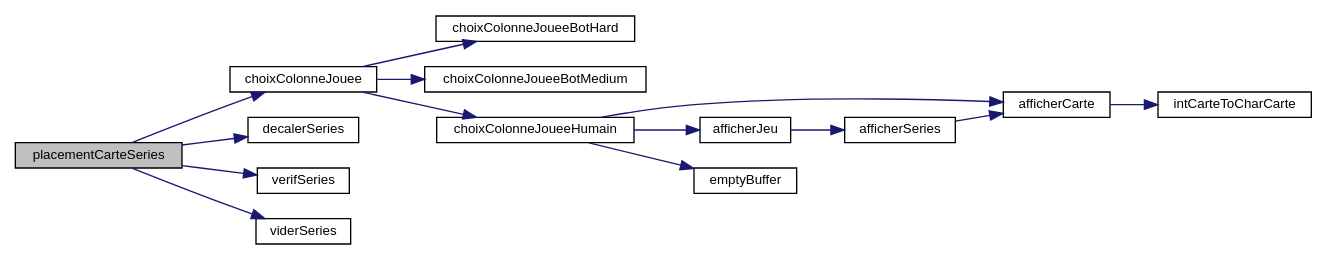
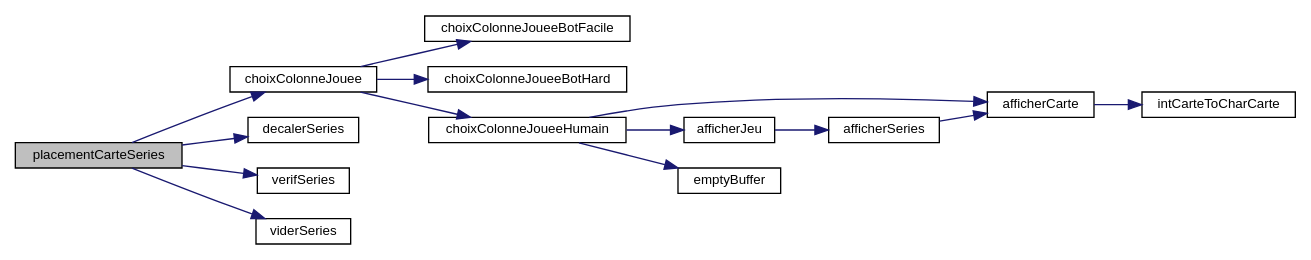
The diagram in paul_8h_ae490320c625029fe9ffe7bd10b489967_cgraph.dot (nehkowp/html), drawn with Graphviz before and after one commit. The commit also changed 203 other files, not shown here.

```diff
--- a/paul_8h_ae490320c625029fe9ffe7bd10b489967_cgraph.dot
+++ b/paul_8h_ae490320c625029fe9ffe7bd10b489967_cgraph.dot
@@ -1,34 +1,34 @@
 digraph "placementCarteSeries"
 {
  // INTERACTIVE_SVG=YES
  // LATEX_PDF_SIZE
   edge [fontname="Helvetica",fontsize="10",labelfontname="Helvetica",labelfontsize="10"];
   node [fontname="Helvetica",fontsize="10",shape=record];
   rankdir="LR";
   Node1 [label="placementCarteSeries",height=0.2,width=0.4,color="black", fillcolor="grey75", style="filled", fontcolor="black",tooltip=": Permet de placer la carte selon les séries"];
   Node1 -> Node2 [color="midnightblue",fontsize="10",style="solid",fontname="Helvetica"];
   Node2 [label="choixColonneJouee",height=0.2,width=0.4,color="black", fillcolor="white", style="filled",URL="$paul_8c.html#a0399f7d61a0eb8a0375456b9e0c84e08",tooltip=": Permet de choisir la colonne selon le type du joueur (humain/bot)"];
   Node2 -> Node3 [color="midnightblue",fontsize="10",style="solid",fontname="Helvetica"];
-  Node3 [label="choixColonneJoueeBotHard",height=0.2,width=0.4,color="black", fillcolor="white", style="filled",URL="$paul_8c.html#a1a974eb68657a382e0565490bea2a46d",tooltip=": Permet de choisir la colonne pour le Bot de difficulté hard"];
+  Node3 [label="choixColonneJoueeBotFacile",height=0.2,width=0.4,color="black", fillcolor="white", style="filled",URL="$paul_8c.html#aa55a6fa2a82c075519b52459067a6db2",tooltip=": Le bot facile choisit la colonne avec le plus haut nombre de têtes de boeuf"];
   Node2 -> Node4 [color="midnightblue",fontsize="10",style="solid",fontname="Helvetica"];
-  Node4 [label="choixColonneJoueeBotMedium",height=0.2,width=0.4,color="black", fillcolor="white", style="filled",URL="$paul_8c.html#a0f57123835673ad1492d4057a1f49840",tooltip=": Permet de choisir la colonne pour le Bot de difficulté Medium"];
+  Node4 [label="choixColonneJoueeBotHard",height=0.2,width=0.4,color="black", fillcolor="white", style="filled",URL="$paul_8c.html#a1a974eb68657a382e0565490bea2a46d",tooltip=": Permet de choisir la colonne pour le Bot de difficulté Hard"];
   Node2 -> Node5 [color="midnightblue",fontsize="10",style="solid",fontname="Helvetica"];
   Node5 [label="choixColonneJoueeHumain",height=0.2,width=0.4,color="black", fillcolor="white", style="filled",URL="$paul_8c.html#adbe454c3f60f9360493e35fdcc1b4400",tooltip=": Permet de choisir la colonne de l'humain"];
   Node5 -> Node6 [color="midnightblue",fontsize="10",style="solid",fontname="Helvetica"];
-  Node6 [label="afficherCarte",height=0.2,width=0.4,color="black", fillcolor="white", style="filled",URL="$adrien_8h.html#a8e1b9e2fe2861f615655db0297bae676",tooltip=": demande à l'utilisateur le niveau des bots"];
+  Node6 [label="afficherCarte",height=0.2,width=0.4,color="black", fillcolor="white", style="filled",URL="$etienne_8c.html#a92b44526d732355ff02b218dce60e426",tooltip=": Affiche une carte de manière différente en fonction de son état"];
   Node6 -> Node7 [color="midnightblue",fontsize="10",style="solid",fontname="Helvetica"];
-  Node7 [label="intCarteToCharCarte",height=0.2,width=0.4,color="black", fillcolor="white", style="filled",URL="$etienne_8h.html#aaafffa208510d93f7593d9420bad974e",tooltip=": Permet de renvoyer un char \"  1 \" ou \" 10\" selon le int envoyé"];
+  Node7 [label="intCarteToCharCarte",height=0.2,width=0.4,color="black", fillcolor="white", style="filled",URL="$paul_8c.html#aaafffa208510d93f7593d9420bad974e",tooltip=": Permet de renvoyer un char \"  1 \" ou \" 10\" selon le int envoyé"];
   Node5 -> Node8 [color="midnightblue",fontsize="10",style="solid",fontname="Helvetica"];
   Node8 [label="afficherJeu",height=0.2,width=0.4,color="black", fillcolor="white", style="filled",URL="$paul_8c.html#a73d69aef91087fb2218cbc0745aae535",tooltip=": Permet d'afficher tout le Jeu"];
   Node8 -> Node9 [color="midnightblue",fontsize="10",style="solid",fontname="Helvetica"];
   Node9 [label="afficherSeries",height=0.2,width=0.4,color="black", fillcolor="white", style="filled",URL="$nathan_8c.html#aa664cede938545e897f49e9b1a9f06e3",tooltip=" "];
   Node9 -> Node6 [color="midnightblue",fontsize="10",style="solid",fontname="Helvetica"];
   Node5 -> Node10 [color="midnightblue",fontsize="10",style="solid",fontname="Helvetica"];
-  Node10 [label="emptyBuffer",height=0.2,width=0.4,color="black", fillcolor="white", style="filled",URL="$etienne_8c.html#ae1793ab69ec199b96bae50c64468377b",tooltip=": vide le buffer après une saisie"];
+  Node10 [label="emptyBuffer",height=0.2,width=0.4,color="black", fillcolor="white", style="filled",URL="$etienne_8c.html#a8bd9c796dfaae356a03d29dfc65aef69",tooltip=": Vide le buffer après une saisie"];
   Node1 -> Node11 [color="midnightblue",fontsize="10",style="solid",fontname="Helvetica"];
   Node11 [label="decalerSeries",height=0.2,width=0.4,color="black", fillcolor="white", style="filled",URL="$paul_8c.html#ac293ca501d9cdd17882fa24a2d411404",tooltip=": Permet de placer une carte en haut d'une colonne tout en décalant les autres cartes vers le bas"];
   Node1 -> Node12 [color="midnightblue",fontsize="10",style="solid",fontname="Helvetica"];
   Node12 [label="verifSeries",height=0.2,width=0.4,color="black", fillcolor="white", style="filled",URL="$paul_8c.html#a4a6b4d3ce1e14ebfa0660ba1d6d19a54",tooltip=": Permet de savoir si la colonne est pleine ou non"];
   Node1 -> Node13 [color="midnightblue",fontsize="10",style="solid",fontname="Helvetica"];
   Node13 [label="viderSeries",height=0.2,width=0.4,color="black", fillcolor="white", style="filled",URL="$paul_8c.html#ad55a95a47f655e0a60109f5c14229761",tooltip=": Vide la colonne de la série où le Joueur vient placer sa carte inférieur ou 6è carte supérieur et p..."];
 }
```
